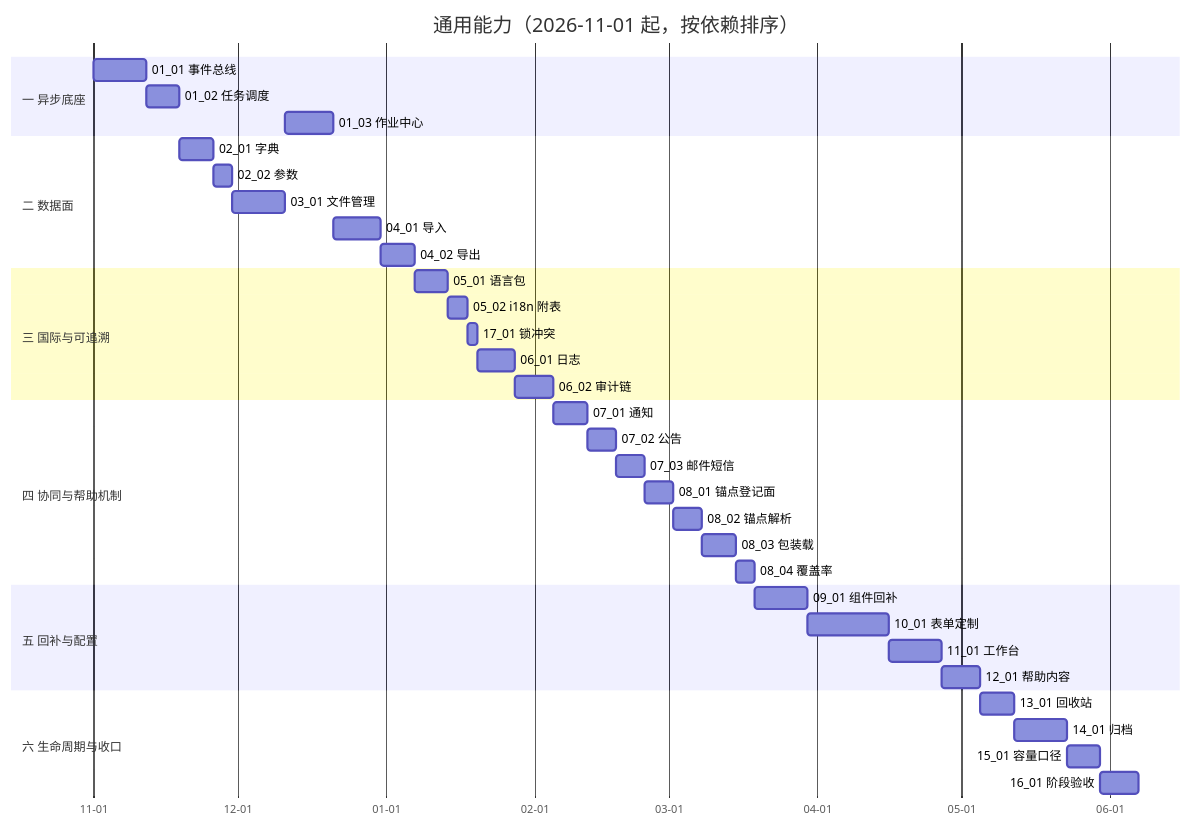
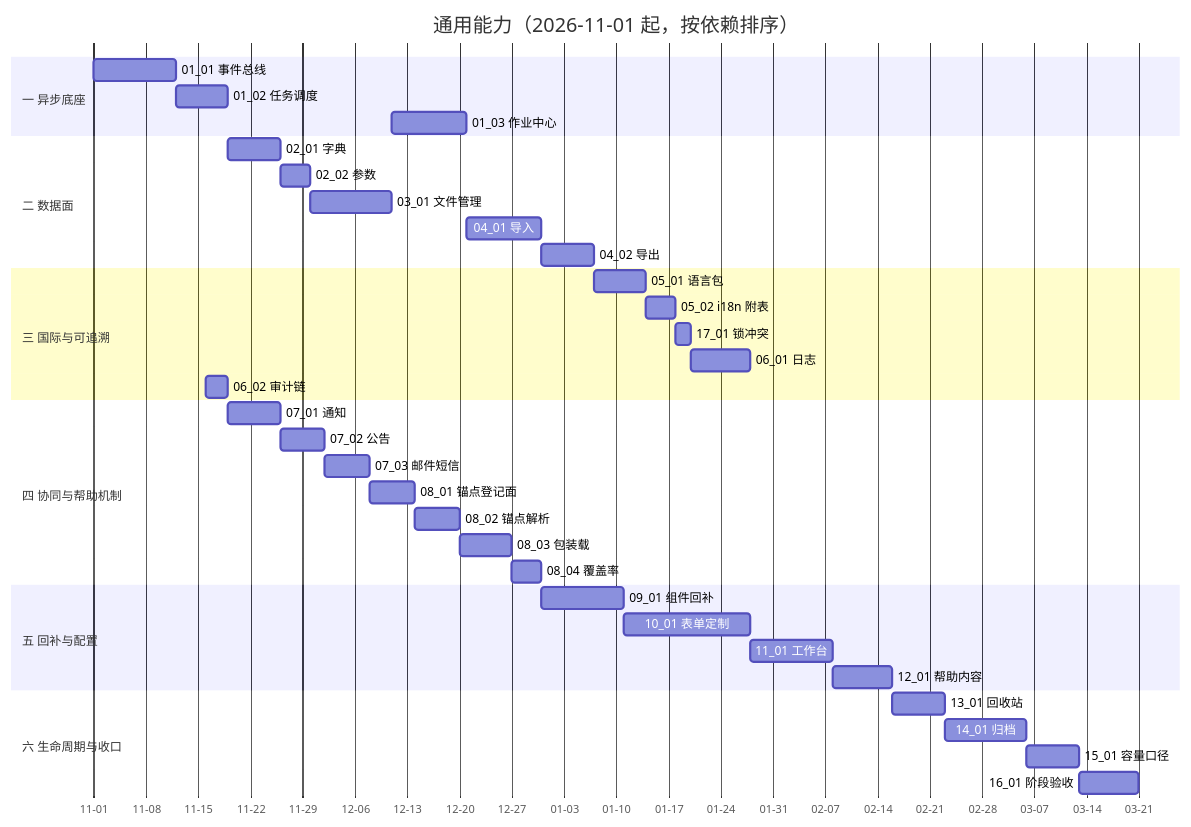
Before and after one commit to minjian123/basic-management-system: the diagram in bms文档/项目/08_通用能力/计划/01_计划_通用能力.md, drawn with Mermaid. The commit also changed other lines of this file and 7 other files, not shown here.

````diff
--- a/bms文档/项目/08_通用能力/计划/01_计划_通用能力.md
+++ b/bms文档/项目/08_通用能力/计划/01_计划_通用能力.md
@@ -59,40 +59,40 @@
 ```mermaid
 gantt
     title 通用能力（2026-11-01 起，按依赖排序）
     dateFormat YYYY-MM-DD
     axisFormat %m-%d
     section 一 异步底座
     01_01 事件总线 :t0101, 2026-11-01, 11d
     01_02 任务调度 :t0102, after t0101, 7d
     01_03 作业中心 :t0103, 2026-12-11, 10d
     section 二 数据面
     02_01 字典 :t0201, after t0102, 7d
     02_02 参数 :t0202, after t0201, 4d
     03_01 文件管理 :t0301, after t0202, 11d
     04_01 导入 :t0401, after t0103, 10d
     04_02 导出 :t0402, after t0401, 7d
     section 三 国际与可追溯
     05_01 语言包 :t0501, after t0402, 7d
     05_02 i18n 附表 :t0502, after t0501, 4d
     17_01 锁冲突 :t1701, after t0502, 2d
     06_01 日志 :t0601, after t1701, 8d
-    06_02 审计链 :t0602, after t0601, 8d
+    06_02 审计链 :t0602, 2026-11-16, 3d
     section 四 协同与帮助机制
     07_01 通知 :t0701, after t0602, 7d
     07_02 公告 :t0702, after t0701, 6d
     07_03 邮件短信 :t0703, after t0702, 6d
     08_01 锚点登记面 :t0801, after t0703, 6d
     08_02 锚点解析 :t0802, after t0801, 6d
     08_03 包装载 :t0803, after t0802, 7d
     08_04 覆盖率 :t0804, after t0803, 4d
     section 五 回补与配置
     09_01 组件回补 :t0901, after t0804, 11d
     10_01 表单定制 :t1001, after t0901, 17d
     11_01 工作台 :t1101, after t1001, 11d
     12_01 帮助内容 :t1201, after t1101, 8d
     section 六 生命周期与收口
     13_01 回收站 :t1301, after t1201, 7d
     14_01 归档 :t1401, after t1301, 11d
     15_01 容量口径 :t1501, after t1401, 7d
     16_01 阶段验收 :t1601, after t1501, 8d
 ```
````
